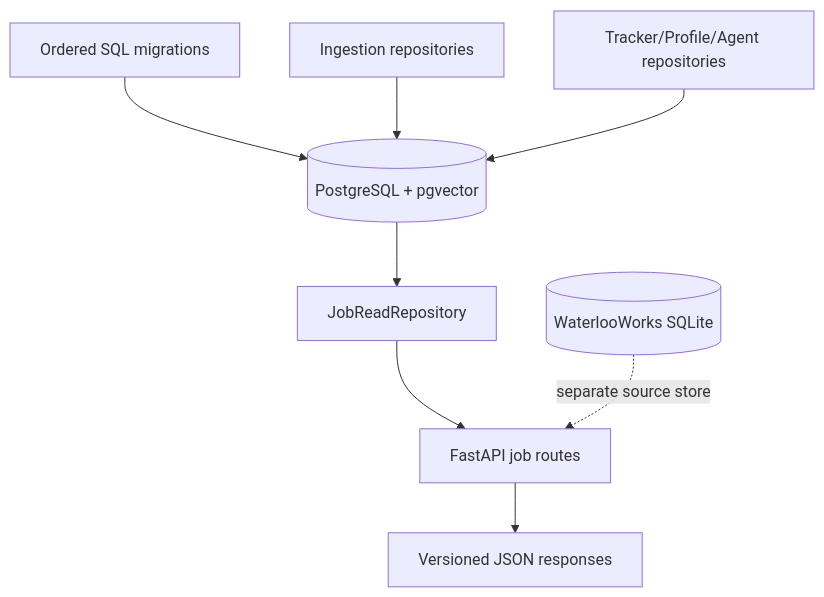
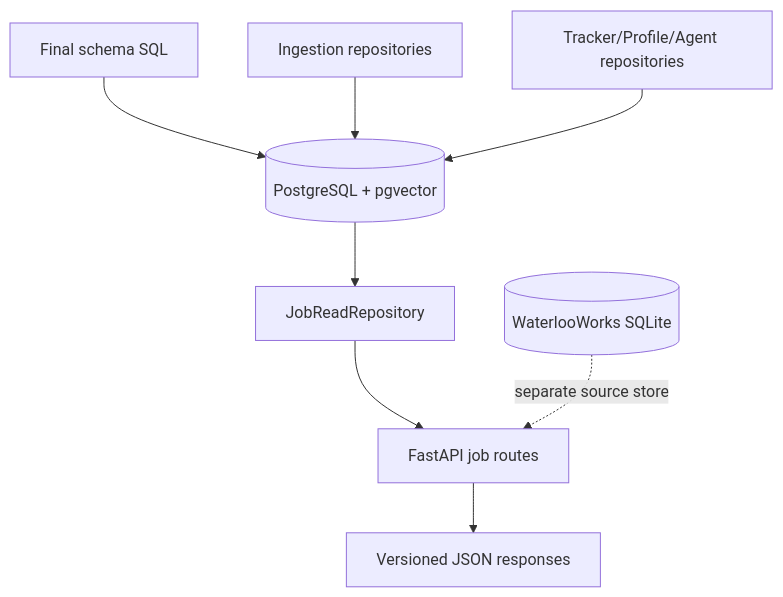
The first of 2 diagrams in docs/modules/database-and-data-api.md (KaiusJin/WeCanFindIntern), drawn with Mermaid before and after one commit. The commit also changed other lines of this file and 54 other files, not shown here.

````diff
--- a/docs/modules/database-and-data-api.md
+++ b/docs/modules/database-and-data-api.md
@@ -7,10 +7,10 @@
 ```mermaid
 flowchart TD
-    M[Ordered SQL migrations] --> P[(PostgreSQL + pgvector)]
+    M[Final schema SQL] --> P[(PostgreSQL + pgvector)]
     I[Ingestion repositories] --> P
     T[Tracker/Profile/Agent repositories] --> P
     P --> R[JobReadRepository]
     R --> A[FastAPI job routes]
     A --> S[Versioned JSON responses]
     W[(WaterlooWorks SQLite)] -. separate source store .-> A
 ```
````
